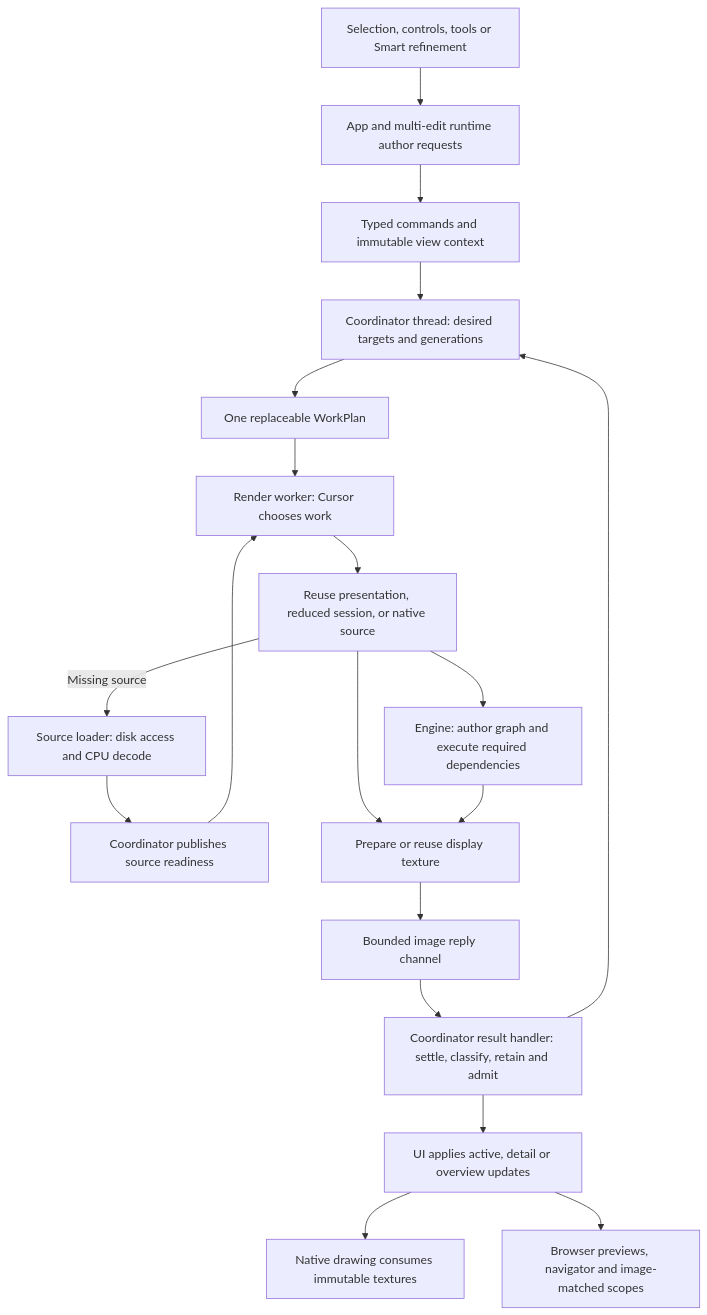
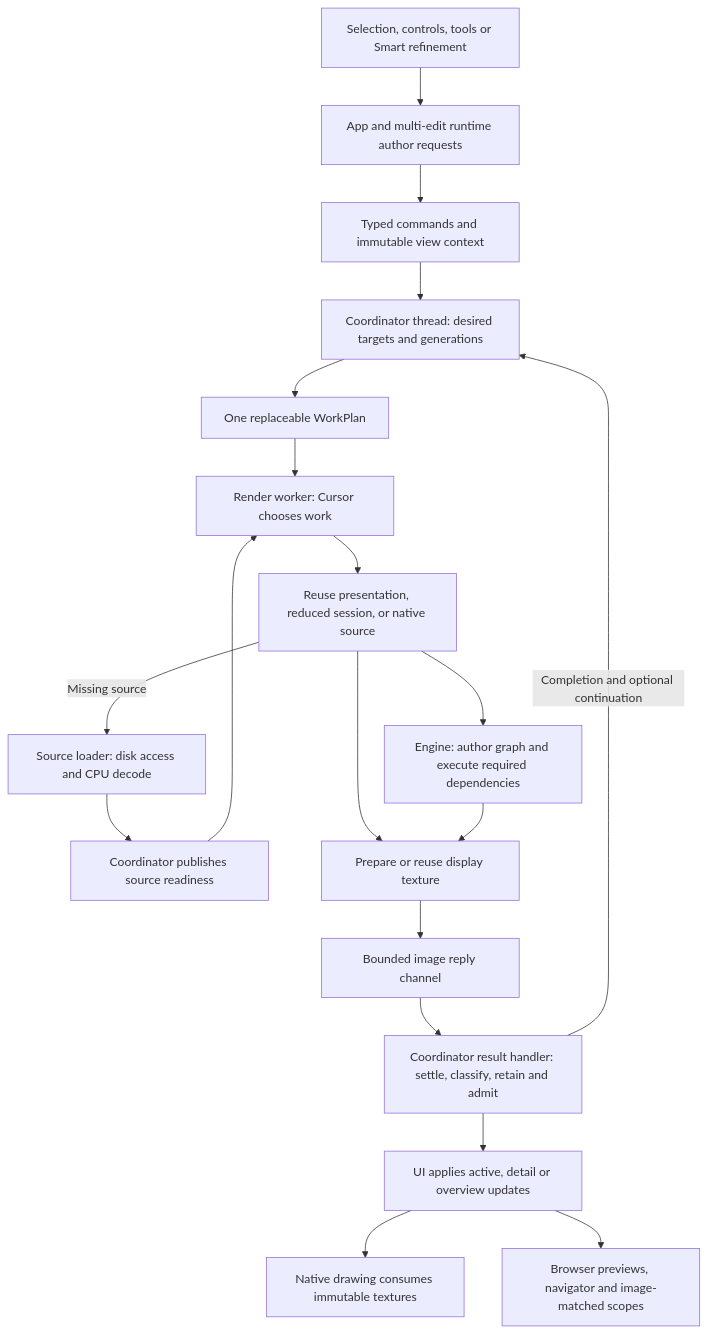
Before and after one commit to hank-bond/foveonic: the first of 2 diagrams in docs/interactive-rendering-architecture.md, drawn with Mermaid. The commit also changed other lines of this file and 18 other files, not shown here.

````diff
--- a/docs/interactive-rendering-architecture.md
+++ b/docs/interactive-rendering-architecture.md
@@ -16,21 +16,21 @@
 ```mermaid
 flowchart TD
     Edit[Selection, controls, tools or Smart refinement] --> UI[App and multi-edit runtime author requests]
     UI --> Commands[Typed commands and immutable view context]
     Commands --> Coordinator[Coordinator thread: desired targets and generations]
     Coordinator --> Plan[One replaceable WorkPlan]
     Plan --> Worker[Render worker: Cursor chooses work]
     Worker --> Reuse[Reuse presentation, reduced session, or native source]
     Reuse -->|Missing source| Loading[Source loader: disk access and CPU decode]
     Loading --> Ready[Coordinator publishes source readiness]
     Ready --> Worker
     Reuse --> Numeric[Engine: author graph and execute required dependencies]
     Reuse --> View[Prepare or reuse display texture]
     Numeric --> View
     View --> Reply[Bounded image reply channel]
     Reply --> Handler[Coordinator result handler: settle, classify, retain and admit]
     Handler --> Frames[UI applies active, detail or overview updates]
-    Handler --> Coordinator
+    Handler -->|Completion and optional continuation| Coordinator
     Frames --> Draw[Native drawing consumes immutable textures]
     Frames --> Aux[Browser previews, navigator and image-matched scopes]
 ```
````
